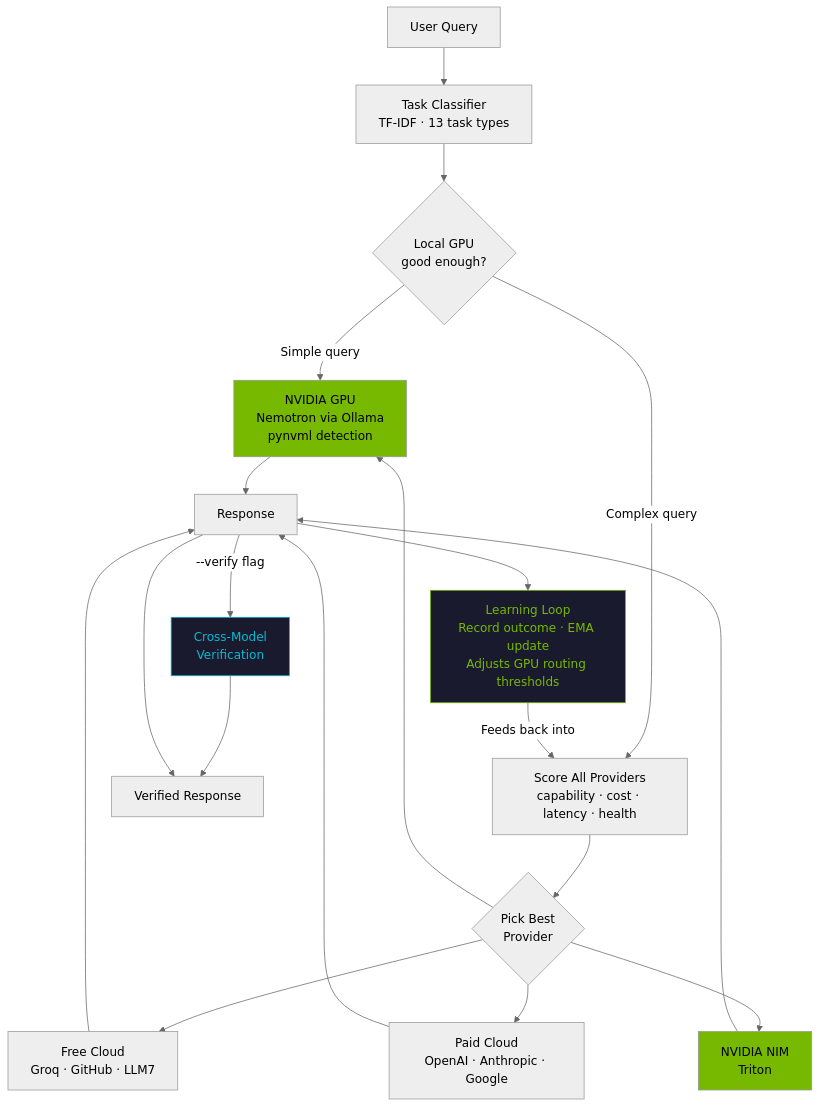
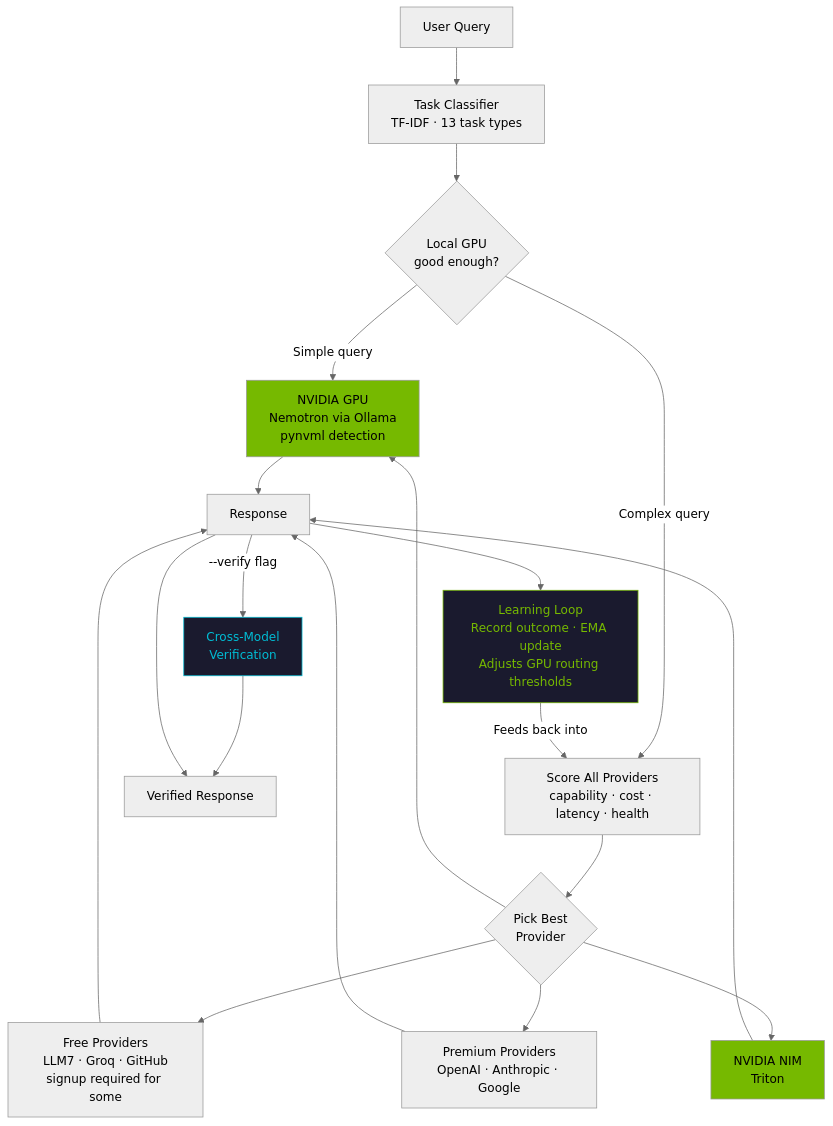
The first of 3 diagrams in README.md (thatcooperguy/nvHive), drawn with Mermaid (neutral theme) before and after one commit.

Commit message:
Fix query pipeline diagram: clarify free provider signup requirements
LLM7 is the only truly no-signup provider. Groq and GitHub are free
but require email signup for API keys. Diagram now says "signup
required for some" to be accurate.

````diff
--- a/README.md
+++ b/README.md
@@ -74,32 +74,32 @@
 ```mermaid
 flowchart TB
     USER[User Query] --> CLASSIFY[Task Classifier<br/>TF-IDF · 13 task types]
     CLASSIFY --> LOCALCHECK{Local GPU<br/>good enough?}
     
     LOCALCHECK -->|Simple query| GPU[NVIDIA GPU<br/>Nemotron via Ollama<br/>pynvml detection]
     LOCALCHECK -->|Complex query| SCORE[Score All Providers<br/>capability · cost · latency · health]
     
     SCORE --> ROUTE{Pick Best<br/>Provider}
     
-    ROUTE --> FREE[Free Cloud<br/>Groq · GitHub · LLM7]
-    ROUTE --> PAID[Paid Cloud<br/>OpenAI · Anthropic · Google]
+    ROUTE --> FREE[Free Providers<br/>LLM7 · Groq · GitHub<br/>signup required for some]
+    ROUTE --> PAID[Premium Providers<br/>OpenAI · Anthropic · Google]
     ROUTE --> NIM[NVIDIA NIM<br/>Triton]
     ROUTE --> GPU
     
     FREE --> RESPONSE[Response]
     PAID --> RESPONSE
     NIM --> RESPONSE
     GPU --> RESPONSE
     
     RESPONSE --> LEARN[Learning Loop<br/>Record outcome · EMA update<br/>Adjusts GPU routing thresholds]
     LEARN -->|Feeds back into| SCORE
     
     RESPONSE -->|--verify flag| VERIFY[Cross-Model<br/>Verification]
     VERIFY --> FINAL[Verified Response]
     RESPONSE --> FINAL
     
     style GPU fill:#76B900,color:#000
     style NIM fill:#76B900,color:#000
     style LEARN fill:#1a1a2e,color:#76B900,stroke:#76B900
     style VERIFY fill:#1a1a2e,color:#00bcd4,stroke:#00bcd4
 ```
````
